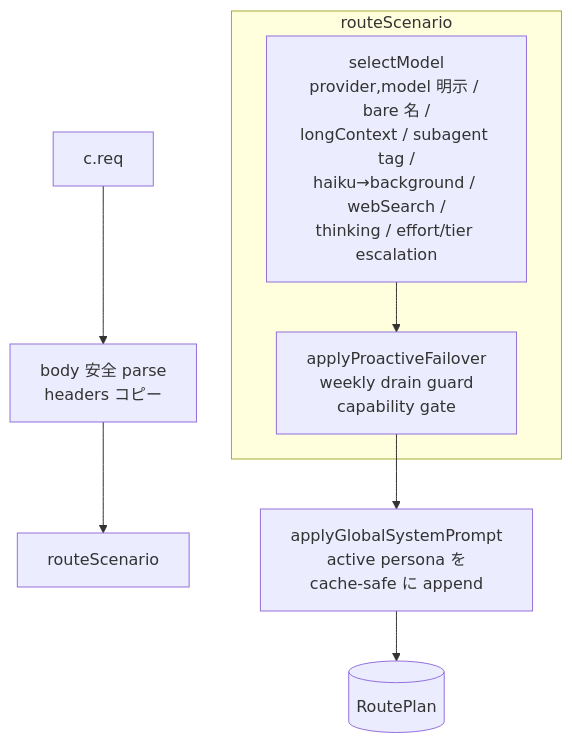
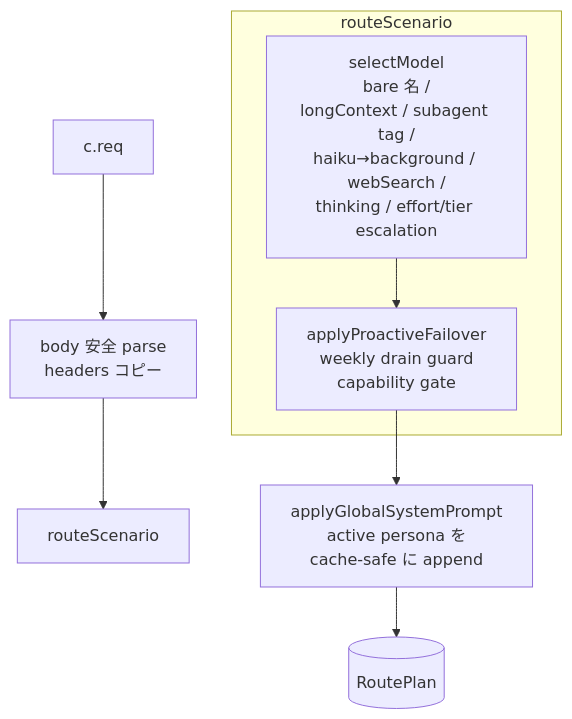
The tenth of 12 diagrams in docs/architecture/pipeline-overview.md (tkgstrator/claude-code-router), drawn with Mermaid before and after one commit. The commit also changed other lines of this file and 3 other files, not shown here.

First line of the commit message:
refactor(router): remove inbound provider,model comma override

````diff
--- a/docs/architecture/pipeline-overview.md
+++ b/docs/architecture/pipeline-overview.md
@@ -438,11 +438,11 @@
 ```mermaid
 flowchart TD
   R[c.req] --> PARSE[body 安全 parse<br/>headers コピー]
   PARSE --> RS[routeScenario]
   subgraph RS_BOX[routeScenario]
-    SEL[selectModel<br/>provider,model 明示 / bare 名 /<br/>longContext / subagent tag /<br/>haiku→background / webSearch /<br/>thinking / effort/tier escalation]
+    SEL[selectModel<br/>bare 名 /<br/>longContext / subagent tag /<br/>haiku→background / webSearch /<br/>thinking / effort/tier escalation]
     SEL --> APF[applyProactiveFailover<br/>weekly drain guard<br/>capability gate]
   end
   APF --> PERSONA[applyGlobalSystemPrompt<br/>active persona を<br/>cache-safe に append]
   PERSONA --> PLAN[(RoutePlan)]
 ```
````
